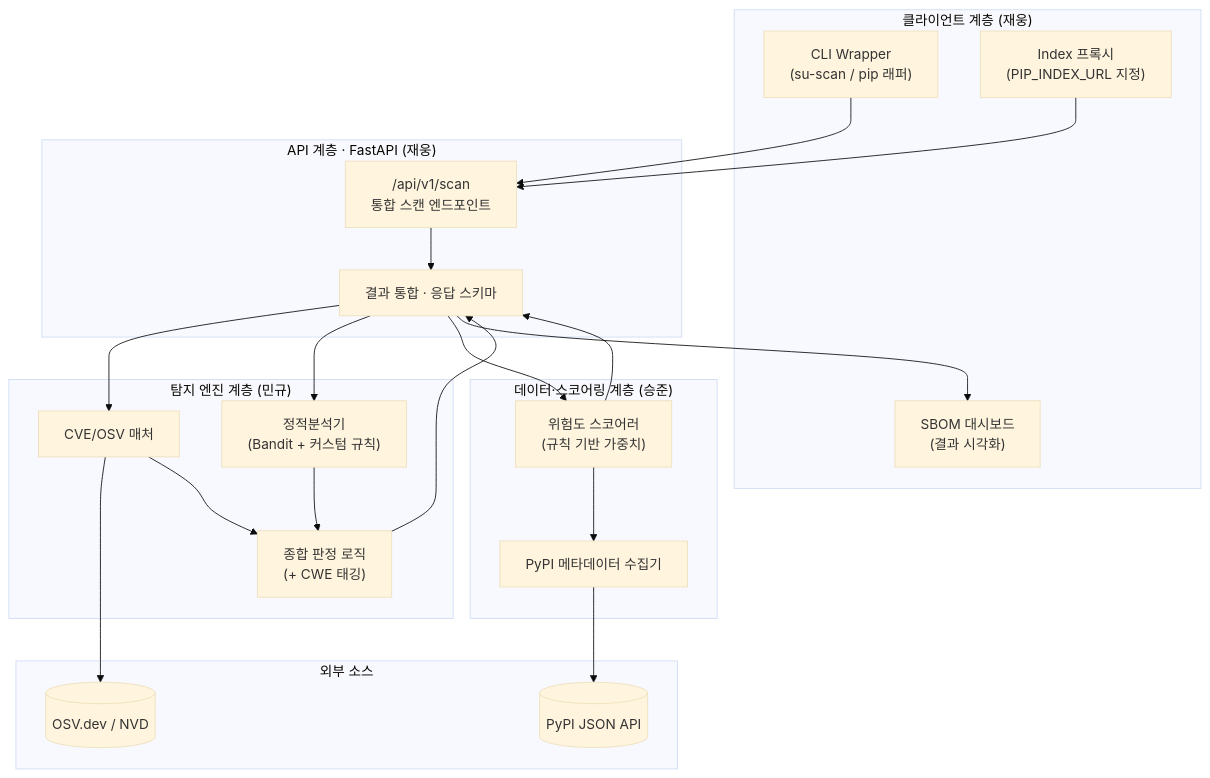
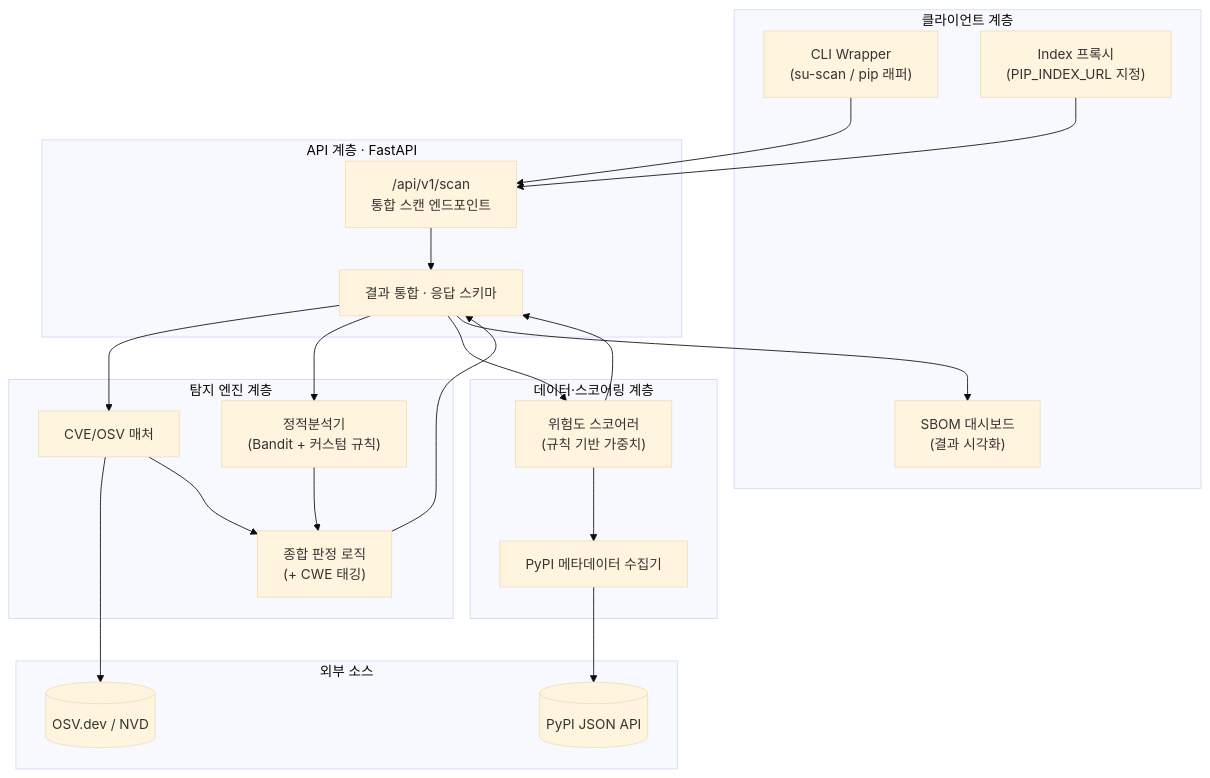
One commit to jeonmin0716002-sketch/Supply-Unchained changed the second of 7 diagrams in README.md. Above: the diagram before and after it, drawn with Mermaid (base theme). The commit also changed other lines of this file, not shown here.

````diff
--- a/README.md
+++ b/README.md
@@ -98,40 +98,40 @@
 ```mermaid
 flowchart TB
-    subgraph Client["클라이언트 계층 (재웅)"]
+    subgraph Client["클라이언트 계층"]
         CLI["CLI Wrapper<br/>(su-scan / pip 래퍼)"]
         PROXY["Index 프록시<br/>(PIP_INDEX_URL 지정)"]
         DASH["SBOM 대시보드<br/>(결과 시각화)"]
     end
 
-    subgraph API["API 계층 · FastAPI (재웅)"]
+    subgraph API["API 계층 · FastAPI"]
         EP["/api/v1/scan<br/>통합 스캔 엔드포인트"]
         AGG["결과 통합 · 응답 스키마"]
     end
 
-    subgraph Engine["탐지 엔진 계층 (민규)"]
+    subgraph Engine["탐지 엔진 계층"]
         CVE["CVE/OSV 매처"]
         STATIC["정적분석기<br/>(Bandit + 커스텀 규칙)"]
         VERDICT["종합 판정 로직<br/>(+ CWE 태깅)"]
     end
 
-    subgraph Data["데이터·스코어링 계층 (승준)"]
+    subgraph Data["데이터·스코어링 계층"]
         META["PyPI 메타데이터 수집기"]
         SCORE["위험도 스코어러<br/>(규칙 기반 가중치)"]
     end
 
     subgraph External["외부 소스"]
         OSVDB[("OSV.dev / NVD")]
         PYPI[("PyPI JSON API")]
     end
 
     CLI & PROXY --> EP
     EP --> AGG
     AGG --> CVE & STATIC & SCORE
     CVE --> OSVDB
     META --> PYPI
     SCORE --> META
     CVE & STATIC --> VERDICT
     VERDICT --> AGG
     SCORE --> AGG
     AGG --> DASH
 ```
````
